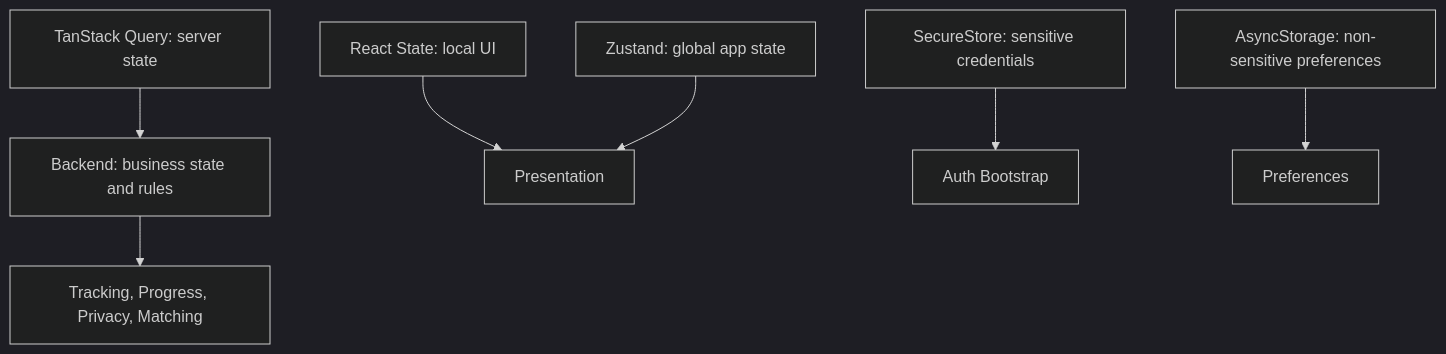
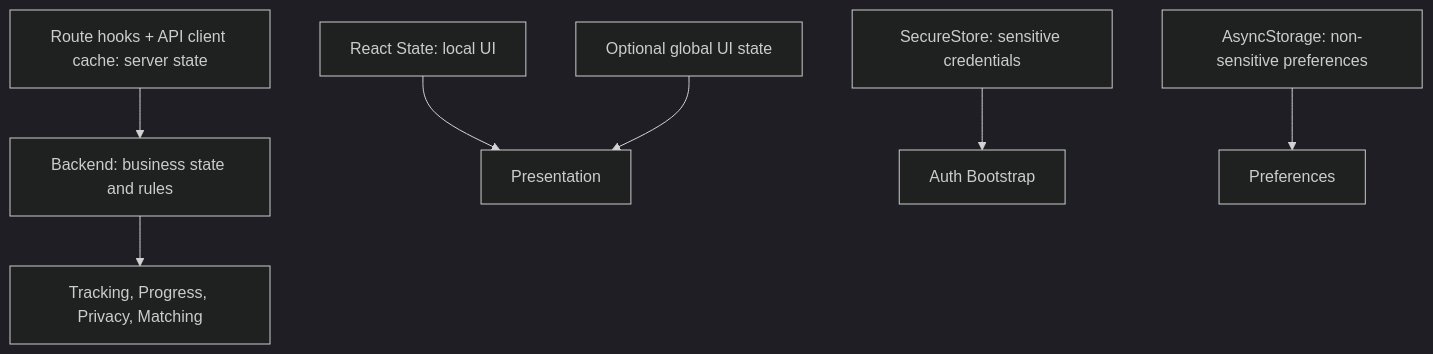
Before and after one commit to luiskabal/tvlore: the ninth of 13 diagrams in docs/diagrams.md, drawn with Mermaid (dark theme). The commit also changed other lines of this file and 8 other files, not shown here.

````diff
--- a/docs/diagrams.md
+++ b/docs/diagrams.md
@@ -186,16 +186,16 @@
 ```mermaid
 flowchart TB
   ReactState[React State: local UI]
-  Query[TanStack Query: server state]
-  Zustand[Zustand: global app state]
+  ServerHooks[Route hooks + API client cache: server state]
+  AppState[Optional global UI state]
   Secure[SecureStore: sensitive credentials]
   Async[AsyncStorage: non-sensitive preferences]
   Backend[Backend: business state and rules]
 
   ReactState --> UI[Presentation]
-  Query --> Backend
-  Zustand --> UI
+  ServerHooks --> Backend
+  AppState --> UI
   Secure --> AuthBootstrap[Auth Bootstrap]
   Async --> Preferences[Preferences]
   Backend --> Domain[Tracking, Progress, Privacy, Matching]
 ```
````
